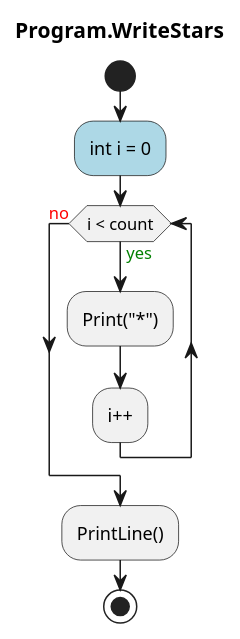
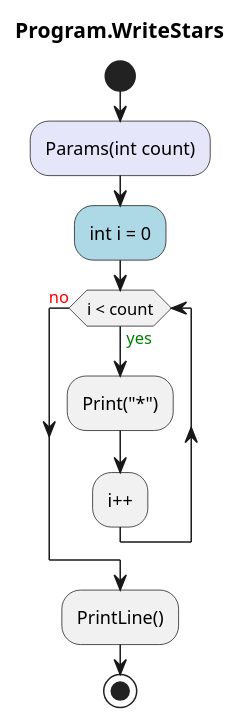
One commit to leoggehrer/2324-34_ABIF_ACIF_POSE changed the diagram in SimpleMethods.ConApp/Diagrams/ac_Program_WriteStars.puml. Above: the diagram before and after it, drawn with PlantUML. The commit also changed 227 other files, not shown here.

Commit message:
Changed folder name from Diagrams to diagrams.

```diff
--- a/SimpleMethods.ConApp/Diagrams/ac_Program_WriteStars.puml
+++ b/SimpleMethods.ConApp/Diagrams/ac_Program_WriteStars.puml
@@ -1,11 +1,12 @@
 @startuml Program.WriteStars
 title Program.WriteStars
 start
+#Lavender:Params(int count);
 #LightBlue:int i = 0;
 while (i < count) is (<color:green>yes)
     :Print("*");
 :i++;
 endwhile (<color:red>no)
 :PrintLine();
 stop
 @enduml
```
